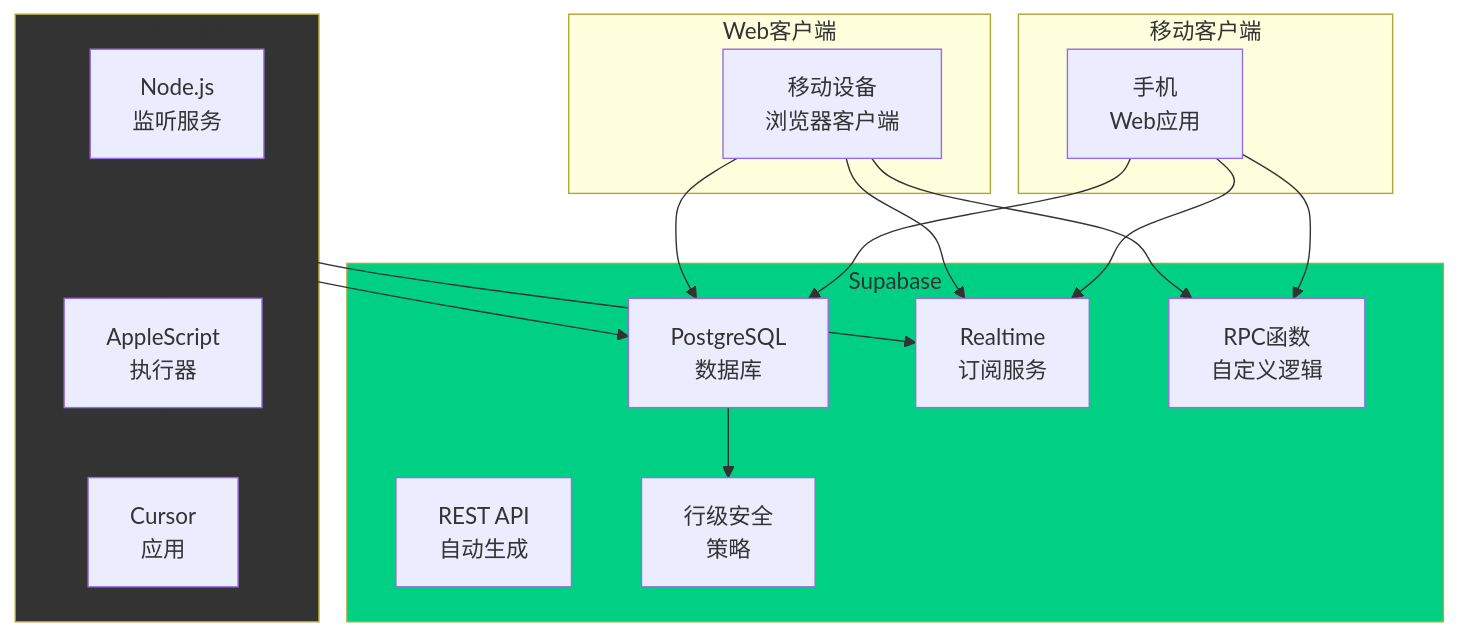
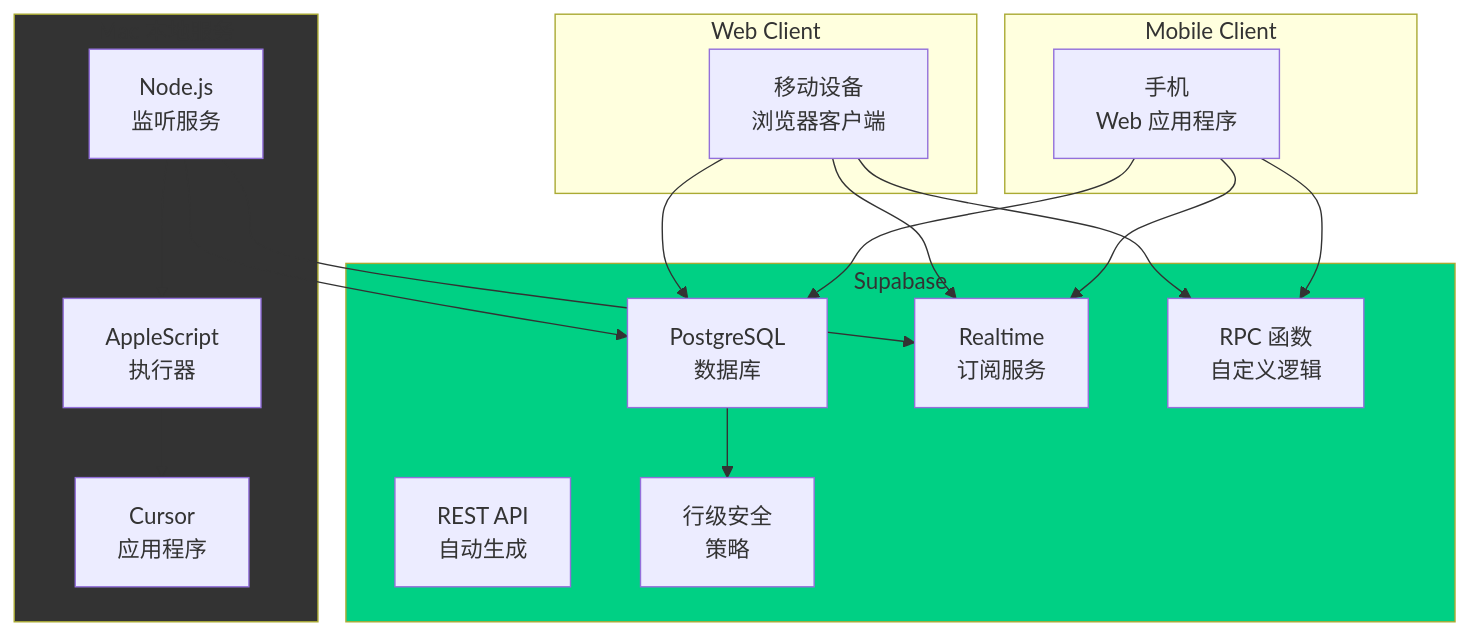
The first of 2 diagrams in docs-ch/COMPLETE_ARCHITECTURE.md (crimsonsunset/cursor_remote), drawn with Mermaid before and after one commit. The commit also changed other lines of this file and 5 other files, not shown here.

````diff
--- a/docs-ch/COMPLETE_ARCHITECTURE.md
+++ b/docs-ch/COMPLETE_ARCHITECTURE.md
@@ -36,41 +36,41 @@
 ```mermaid
 graph TD
-    subgraph "Web客户端"
+    subgraph "Web Client"
         WC[移动设备<br/>浏览器客户端]
     end
     
-    subgraph "移动客户端"
-        MC[手机<br/>Web应用]
+    subgraph "Mobile Client"
+        MC[手机<br/>Web 应用程序]
     end
     
     subgraph Supabase
         DB[PostgreSQL<br/>数据库]
         RT[Realtime<br/>订阅服务]
         API[REST API<br/>自动生成]
-        RPC[RPC函数<br/>自定义逻辑]
+        RPC[RPC 函数<br/>自定义逻辑]
         RLS[行级安全<br/>策略]
     end
     
-    subgraph Local[Mac本地服务]
+    subgraph Local[Mac 本地服务]
         NS[Node.js<br/>监听服务]
         AS[AppleScript<br/>执行器]
-        CS[Cursor<br/>应用]
+        CS[Cursor<br/>应用程序]
     end
     
     WC --> DB
     MC --> DB
     WC --> RT
     MC --> RT
     WC --> RPC
     MC --> RPC
     
     NS --> RT
     NS --> DB
     NS --> AS
     AS --> CS
     
     DB --> RLS
     
     style Supabase fill:#00d084
     style Local fill:#333
 ```
````
